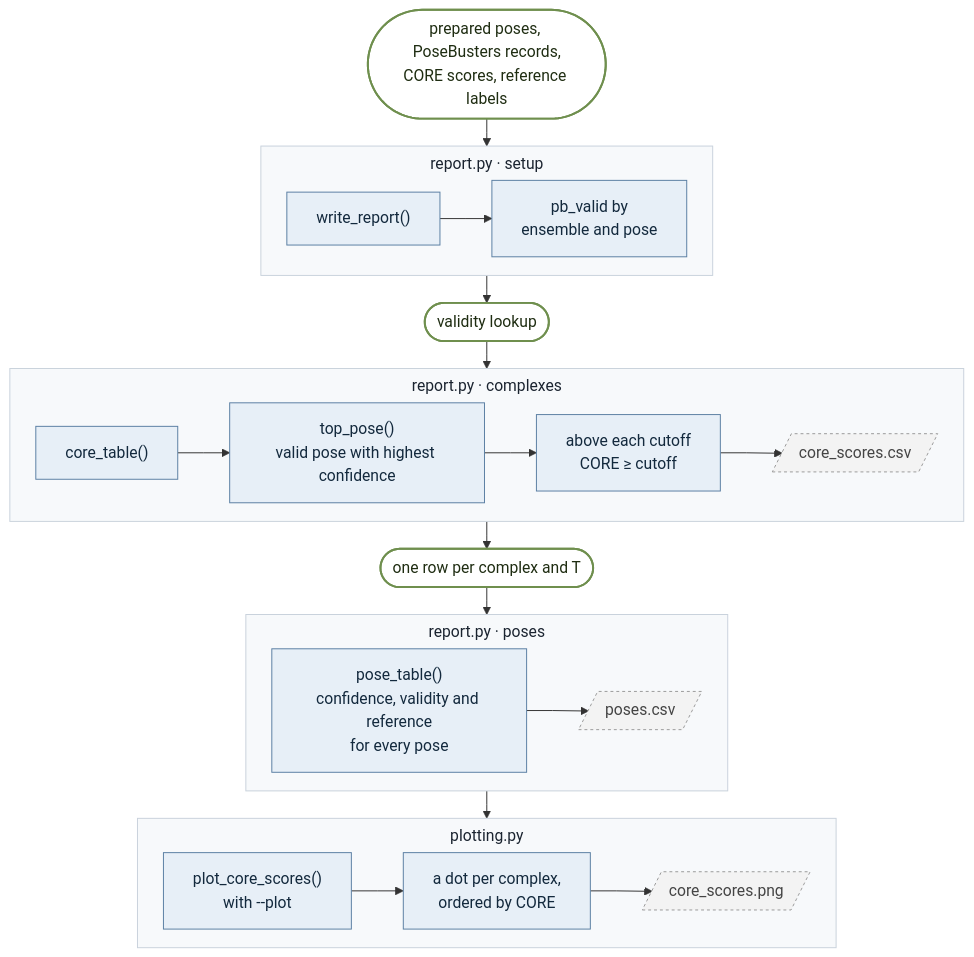
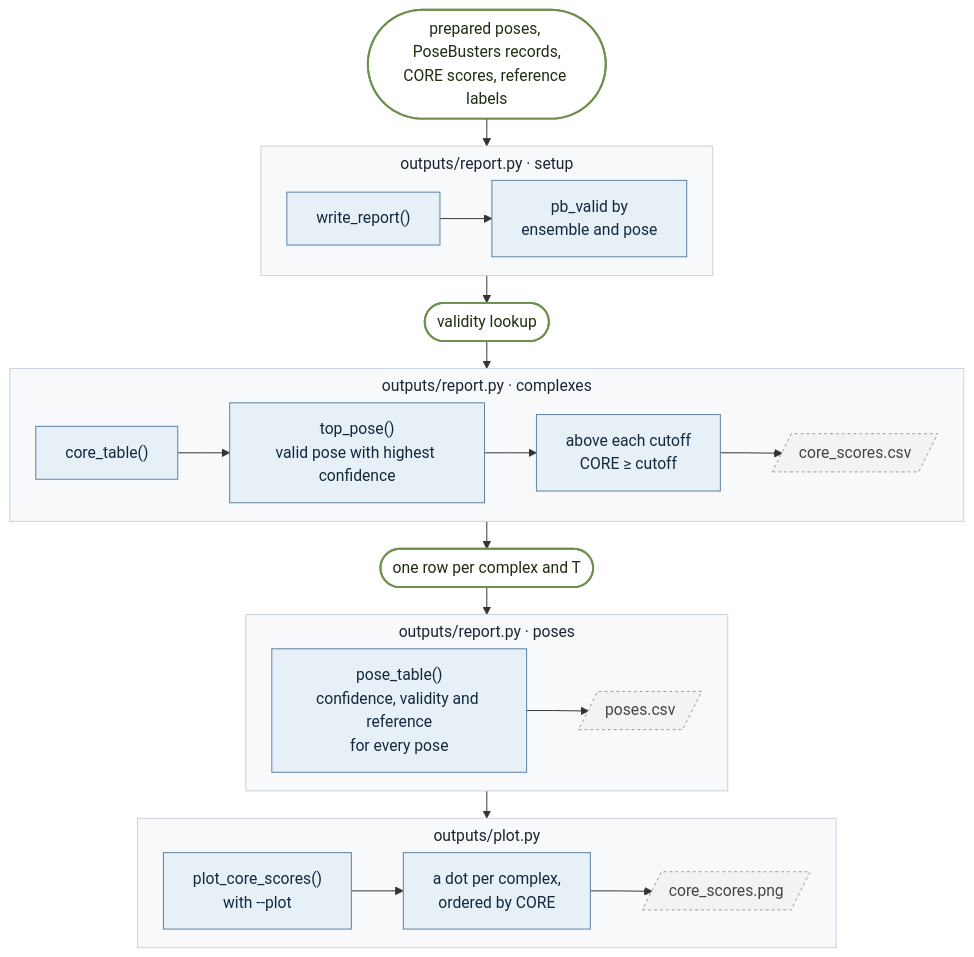
One commit to James-Broster/core-score changed the ninth of 9 diagrams in docs/code-map.md. Above: the diagram before and after it, drawn with Mermaid. The commit also changed other lines of this file and 47 other files, not shown here.

````diff
--- a/docs/code-map.md
+++ b/docs/code-map.md
@@ -384,36 +387,36 @@
 ```mermaid
 %%{init: {"flowchart": {"curve": "linear", "nodeSpacing": 18, "rankSpacing": 28, "subGraphTitleMargin": {"top": 6, "bottom": 10}}}}%%
 flowchart TB
     classDef fn fill:#e7eff7,stroke:#5b7fa3,color:#13293d
     classDef data fill:#ffffff,stroke:#6f8f4e,color:#1f2d12,stroke-width:2px
     classDef file fill:#f3f3f3,stroke:#9a9a9a,color:#444,stroke-dasharray:3 3
     classDef stage fill:#f7f9fb,stroke:#c9d2dc,color:#1b2430
 
     start(["prepared poses, PoseBusters records,<br/>CORE scores, reference labels"]):::data
 
-    subgraph D1["report.py · setup"]
+    subgraph D1["outputs/report.py · setup"]
         direction LR
         a1["write_report()"]:::fn --> a2["pb_valid by<br/>ensemble and pose"]:::fn
     end
     d1(["validity lookup"]):::data
 
-    subgraph D2["report.py · complexes"]
+    subgraph D2["outputs/report.py · complexes"]
         direction LR
         b1["core_table()"]:::fn --> b2["top_pose()<br/>valid pose with highest confidence"]:::fn --> b3["above each cutoff<br/>CORE ≥ cutoff"]:::fn --> b4[/"core_scores.csv"/]:::file
     end
     d2(["one row per complex and T"]):::data
 
-    subgraph D3["report.py · poses"]
+    subgraph D3["outputs/report.py · poses"]
         direction LR
         c1["pose_table()<br/>confidence, validity and reference<br/>for every pose"]:::fn --> c2[/"poses.csv"/]:::file
     end
 
-    subgraph D4["plotting.py"]
+    subgraph D4["outputs/plot.py"]
         direction LR
         e1["plot_core_scores()<br/>with --plot"]:::fn --> e2["a dot per complex,<br/>ordered by CORE"]:::fn --> e3[/"core_scores.png"/]:::file
     end
 
     start --> D1 --> d1 --> D2 --> d2 --> D3 --> D4
 
     class D1,D2,D3,D4 stage
 ```
````
